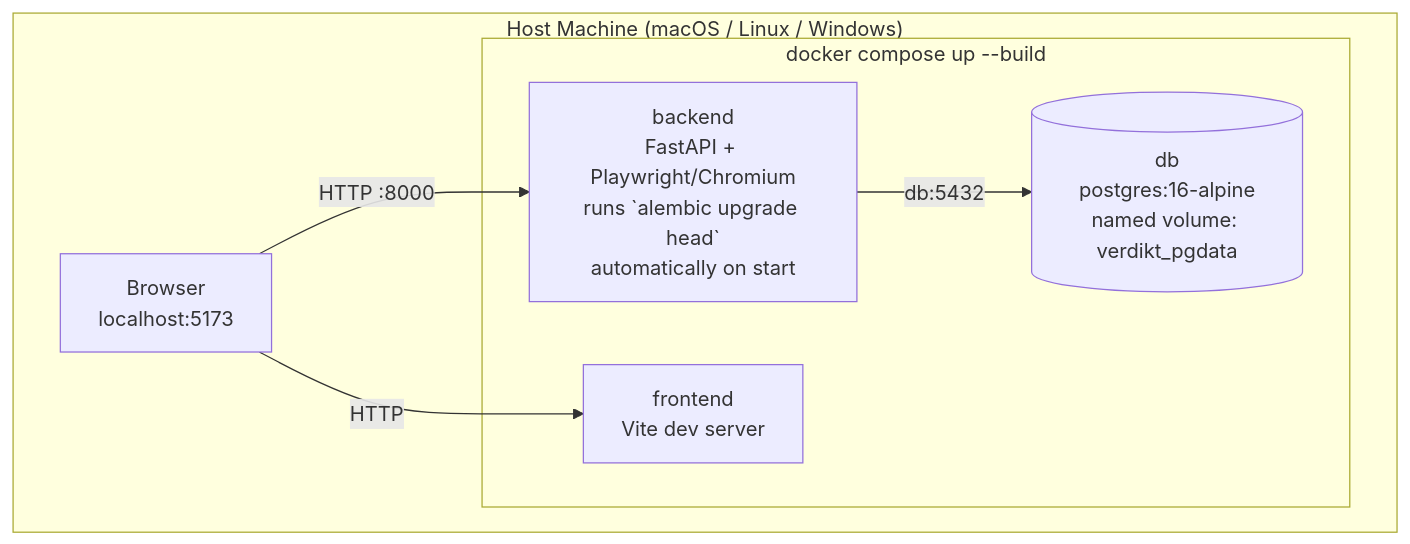
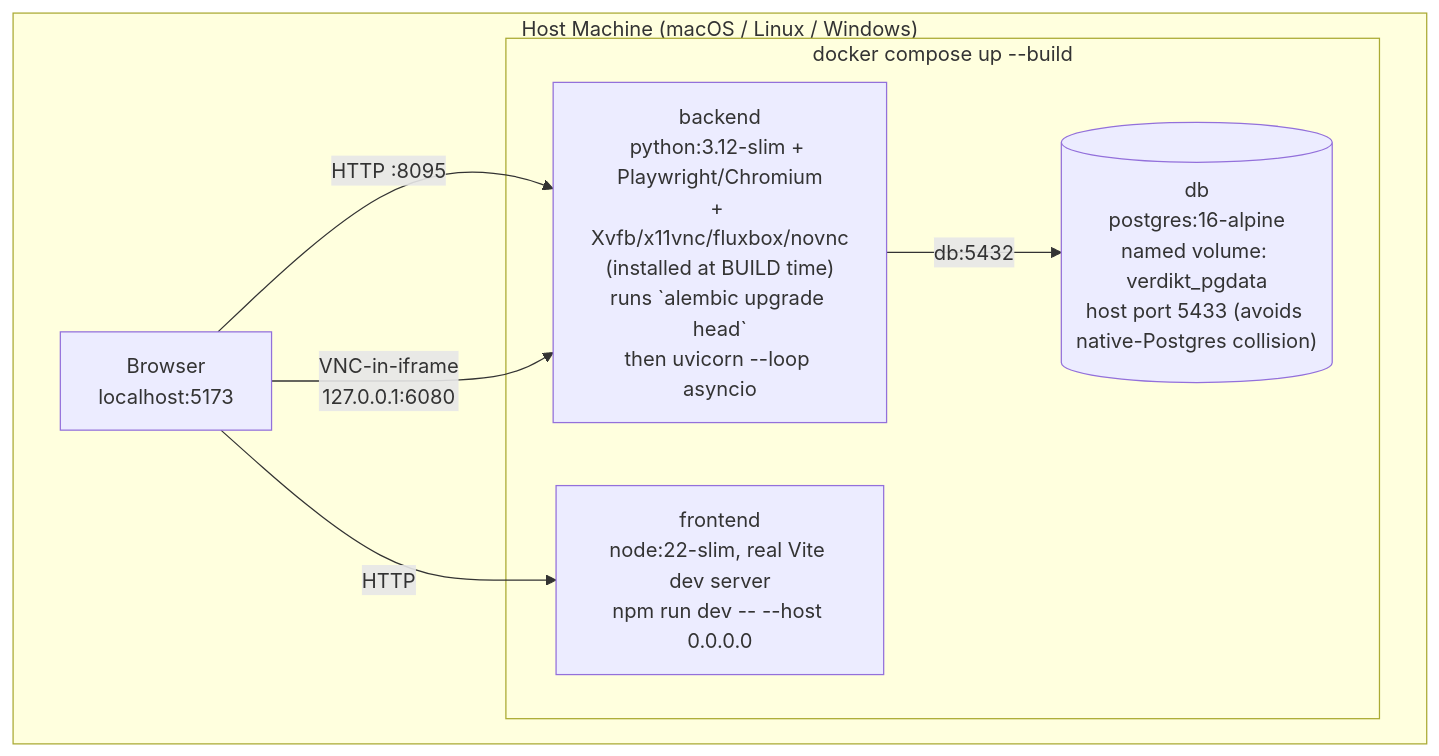
Before and after one commit to mudigondabhanu85/verdikt: the diagram in docs/architecture-overview/diagrams/06_deployment_topology.mmd, drawn with Mermaid. The commit also changed 8 other files, not shown here.

```diff
--- a/docs/architecture-overview/diagrams/06_deployment_topology.mmd
+++ b/docs/architecture-overview/diagrams/06_deployment_topology.mmd
@@ -1,12 +1,13 @@
 flowchart TB
     subgraph Host["Host Machine (macOS / Linux / Windows)"]
         subgraph Compose["docker compose up --build"]
-            DB[("db<br/>postgres:16-alpine<br/>named volume: verdikt_pgdata")]
-            BE["backend<br/>FastAPI + Playwright/Chromium<br/>runs `alembic upgrade head`<br/>automatically on start"]
-            FEC["frontend<br/>Vite dev server"]
+            DB[("db<br/>postgres:16-alpine<br/>named volume: verdikt_pgdata<br/>host port 5433 (avoids native-Postgres collision)")]
+            BE["backend<br/>python:3.12-slim + Playwright/Chromium<br/>+ Xvfb/x11vnc/fluxbox/novnc<br/>(installed at BUILD time)<br/>runs `alembic upgrade head`<br/>then uvicorn --loop asyncio"]
+            FEC["frontend<br/>node:22-slim, real Vite dev server<br/>npm run dev -- --host 0.0.0.0"]
         end
         Browser["Browser<br/>localhost:5173"]
     end
     BE -->|"db:5432"| DB
     Browser -->|"HTTP"| FEC
-    Browser -->|"HTTP :8000"| BE
+    Browser -->|"HTTP :8095"| BE
+    Browser -->|"VNC-in-iframe<br/>127.0.0.1:6080"| BE
```
